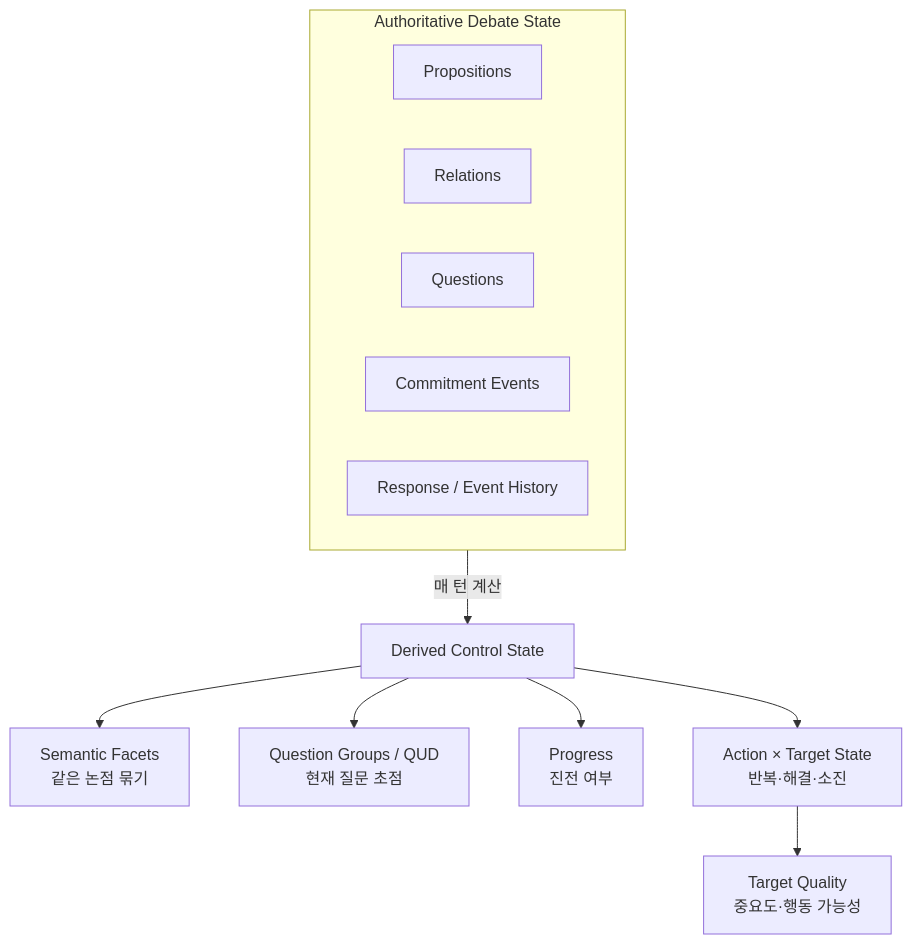
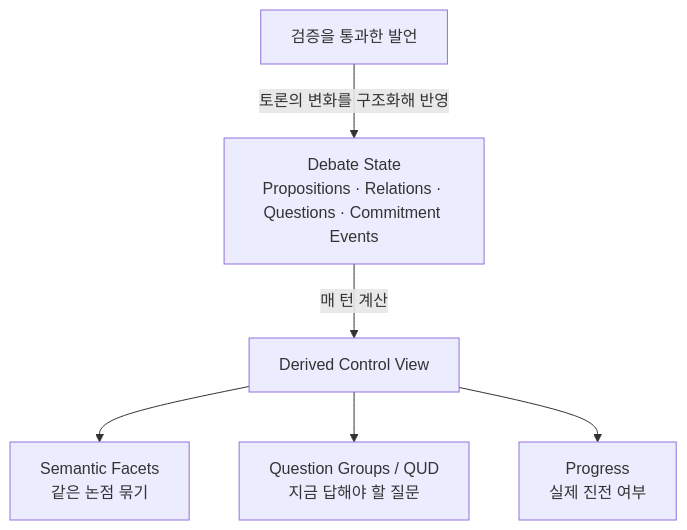
The fifth of 10 diagrams in README.md (hodob/A1-3), drawn with Mermaid before and after one commit. The commit also changed other lines of this file, not shown here.

Commit message:
docs: reframe Debate State around canonical and derived state

````diff
--- a/README.md
+++ b/README.md
@@ -238,18 +238,10 @@
 ```mermaid
 flowchart TD
-    subgraph RAW[Authoritative Debate State]
-        P[Propositions]
-        R[Relations]
-        Q[Questions]
-        C[Commitment Events]
-        E[Response / Event History]
-    end
+    A[검증을 통과한 발언]
+    A -->|토론의 변화를 구조화해 반영| S[Debate State<br/>Propositions · Relations · Questions · Commitment Events]
+    S -->|매 턴 계산| V[Derived Control View]
 
-    RAW -->|매 턴 계산| D[Derived Control State]
-
-    D --> F[Semantic Facets<br/>같은 논점 묶기]
-    D --> G[Question Groups / QUD<br/>현재 질문 초점]
-    D --> H[Progress<br/>진전 여부]
-    D --> I[Action × Target State<br/>반복·해결·소진]
-    I --> J[Target Quality<br/>중요도·행동 가능성]
+    V --> F[Semantic Facets<br/>같은 논점 묶기]
+    V --> G[Question Groups / QUD<br/>지금 답해야 할 질문]
+    V --> H[Progress<br/>실제 진전 여부]
 ```
````
